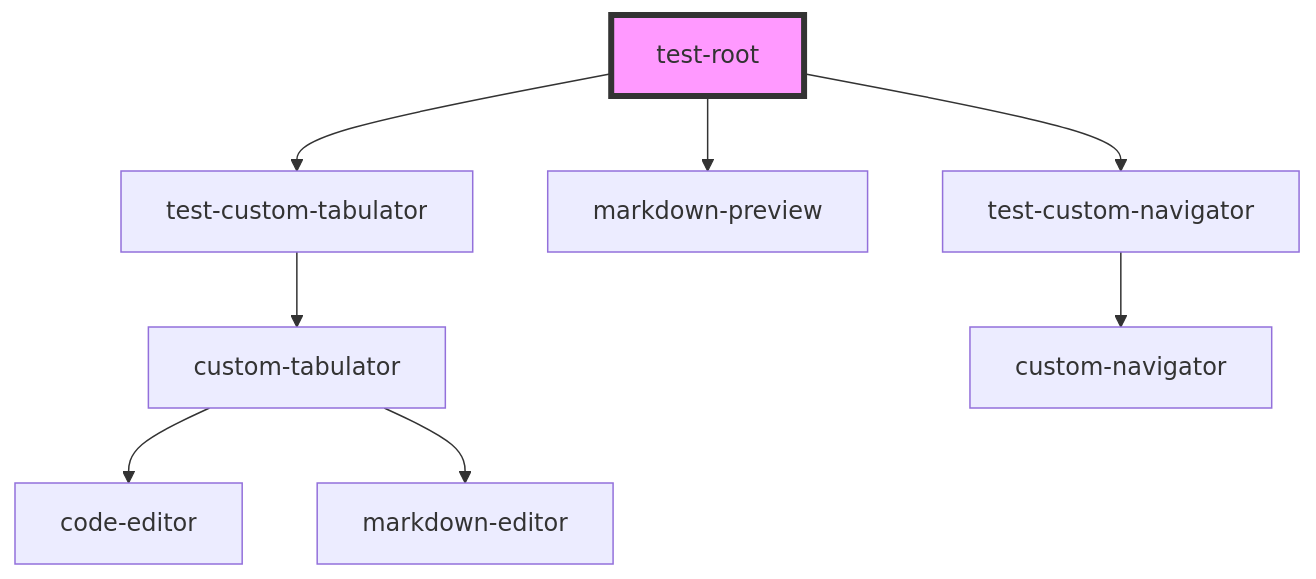
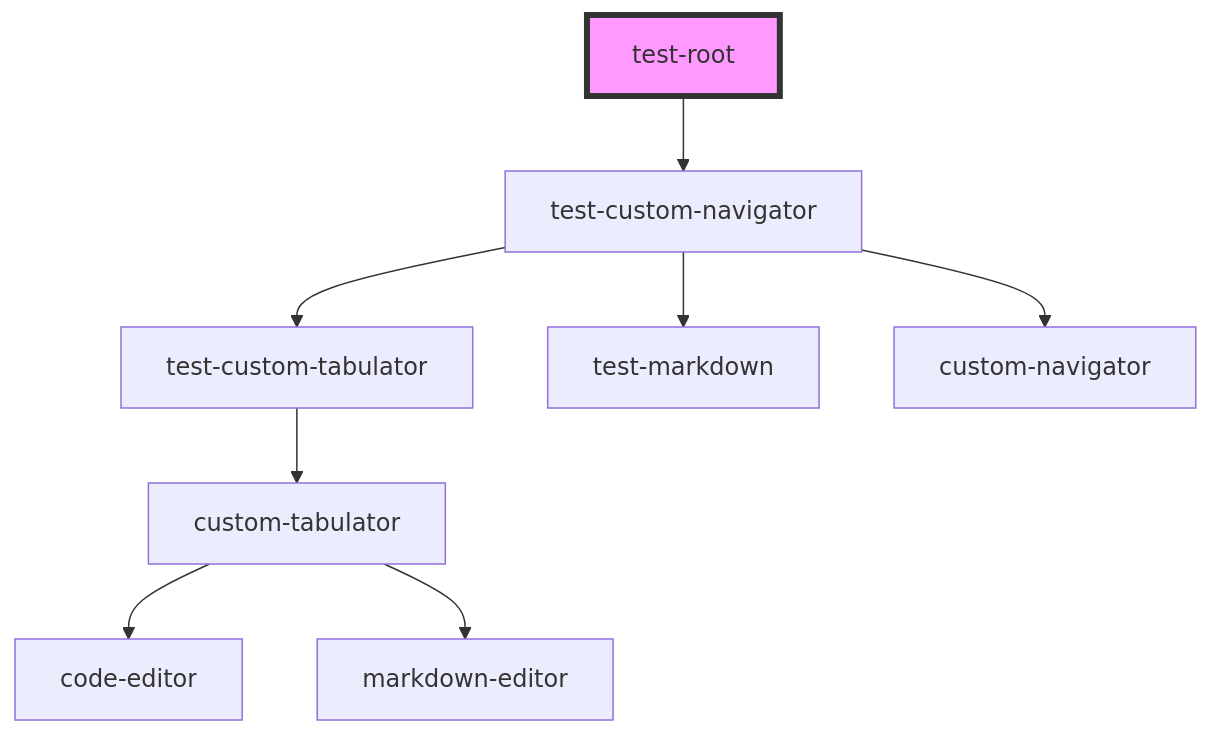
One commit to all41-dev/front.lib changed the diagram in src/components/test-root/readme.md. Above: the diagram before and after it, drawn with Mermaid. The commit also changed other lines of this file and 8 other files, not shown here.

````diff
--- a/src/components/test-root/readme.md
+++ b/src/components/test-root/readme.md
@@ -17,11 +15,11 @@
 ```mermaid
 graph TD;
-  test-root --> test-custom-tabulator
-  test-root --> markdown-preview
   test-root --> test-custom-navigator
+  test-custom-navigator --> test-custom-tabulator
+  test-custom-navigator --> test-markdown
+  test-custom-navigator --> custom-navigator
   test-custom-tabulator --> custom-tabulator
   custom-tabulator --> code-editor
   custom-tabulator --> markdown-editor
-  test-custom-navigator --> custom-navigator
   style test-root fill:#f9f,stroke:#333,stroke-width:4px
 ```
````
